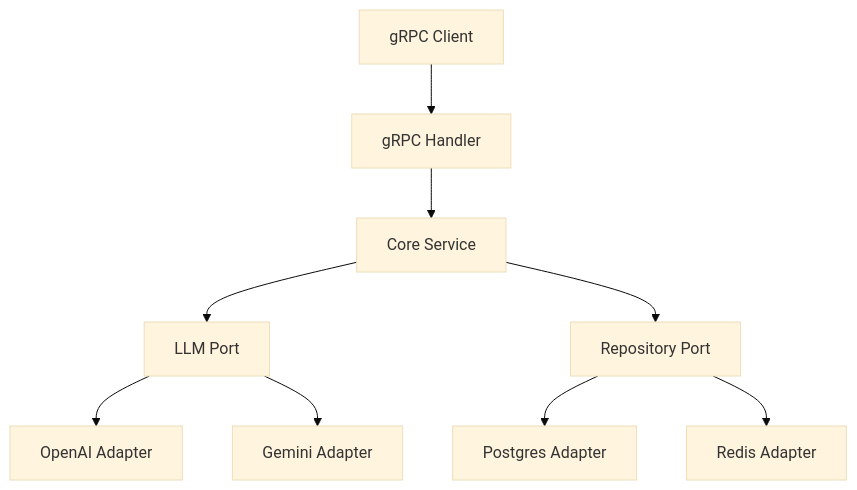
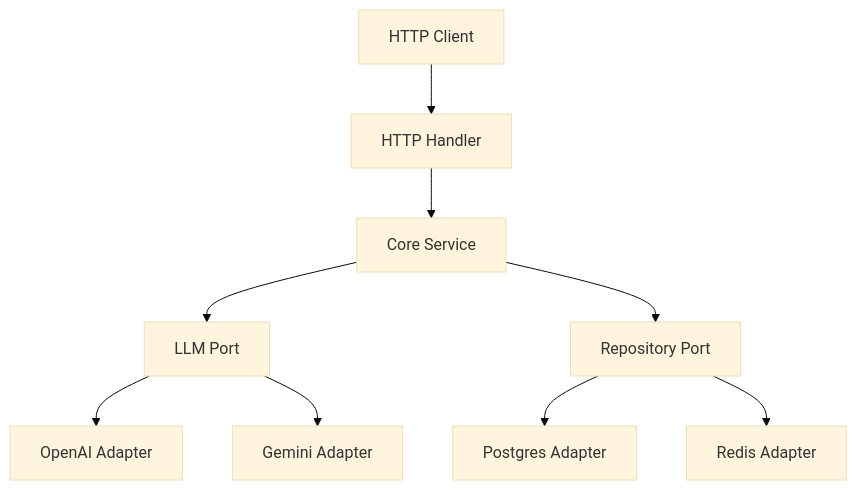
Before and after one commit to Eberewill/go-llm-nexus: the diagram in README.md, drawn with Mermaid (base theme). The commit also changed other lines of this file and 18 other files, not shown here.

````diff
--- a/README.md
+++ b/README.md
@@ -9,13 +9,13 @@
 ```mermaid
 graph TD
-    Client[gRPC Client] --> Handler[gRPC Handler]
+    Client[HTTP Client] --> Handler[HTTP Handler]
     Handler --> Service[Core Service]
     Service --> PortLLM[LLM Port]
     Service --> PortRepo[Repository Port]
     
     PortLLM --> AdapterOpenAI[OpenAI Adapter]
     PortLLM --> AdapterGemini[Gemini Adapter]
     
     PortRepo --> AdapterPG[Postgres Adapter]
     PortRepo --> AdapterRedis[Redis Adapter]
 ```
````
